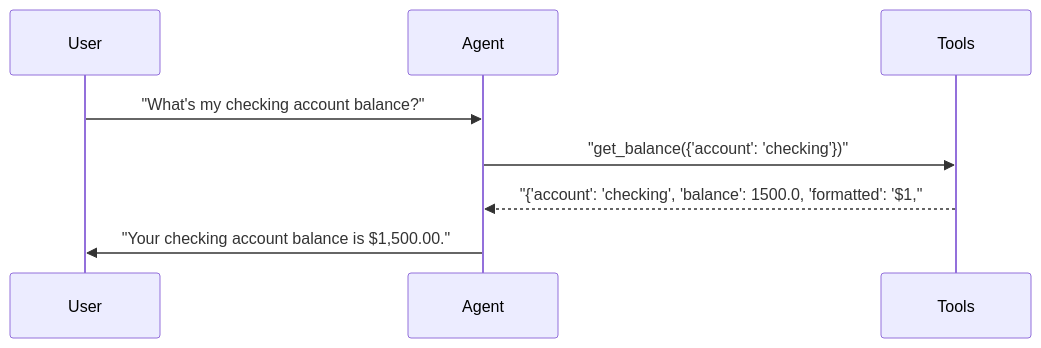
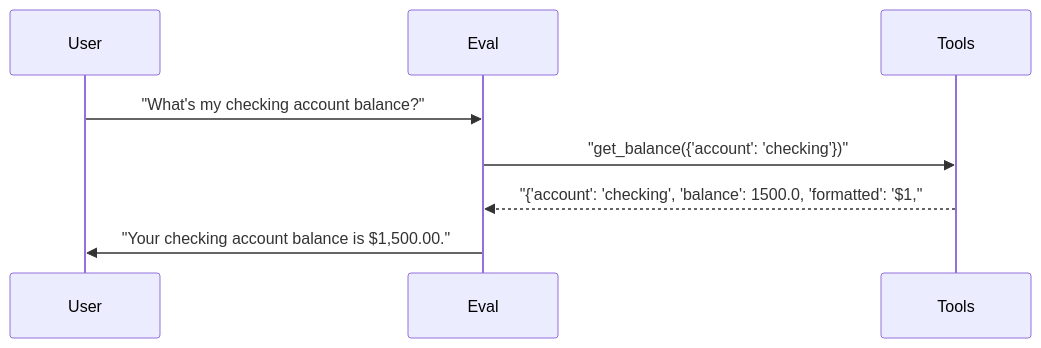
The fourth of 4 diagrams in docs/reports/10_dimension_detection.md (sbroenne/pytest-skill-engineering), drawn with Mermaid before and after one commit. The commit also changed other lines of this file and 155 other files, not shown here.

````diff
--- a/docs/reports/10_dimension_detection.md
+++ b/docs/reports/10_dimension_detection.md
@@ -250,11 +250,11 @@
 ```mermaid
 sequenceDiagram
     participant User
-    participant Agent
+    participant Eval
     participant Tools
 
-    User->>Agent: "What's my checking account balance?"
-    Agent->>Tools: "get_balance({'account': 'checking'})"
-    Tools-->>Agent: "{'account': 'checking', 'balance': 1500.0, 'formatted': '$1,"
-    Agent->>User: "Your checking account balance is $1,500.00."
+    User->>Eval: "What's my checking account balance?"
+    Eval->>Tools: "get_balance({'account': 'checking'})"
+    Tools-->>Eval: "{'account': 'checking', 'balance': 1500.0, 'formatted': '$1,"
+    Eval->>User: "Your checking account balance is $1,500.00."
 ```
````
